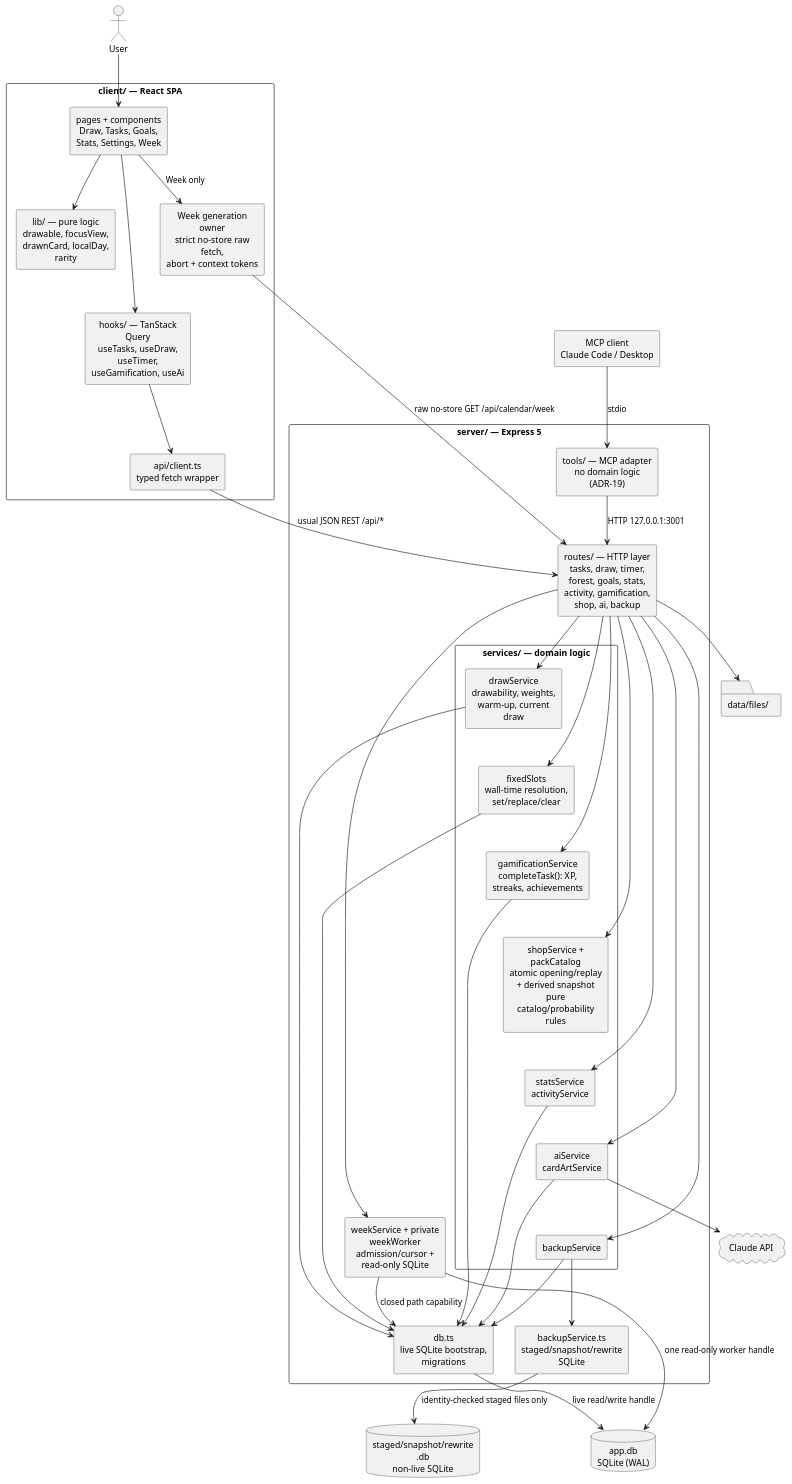
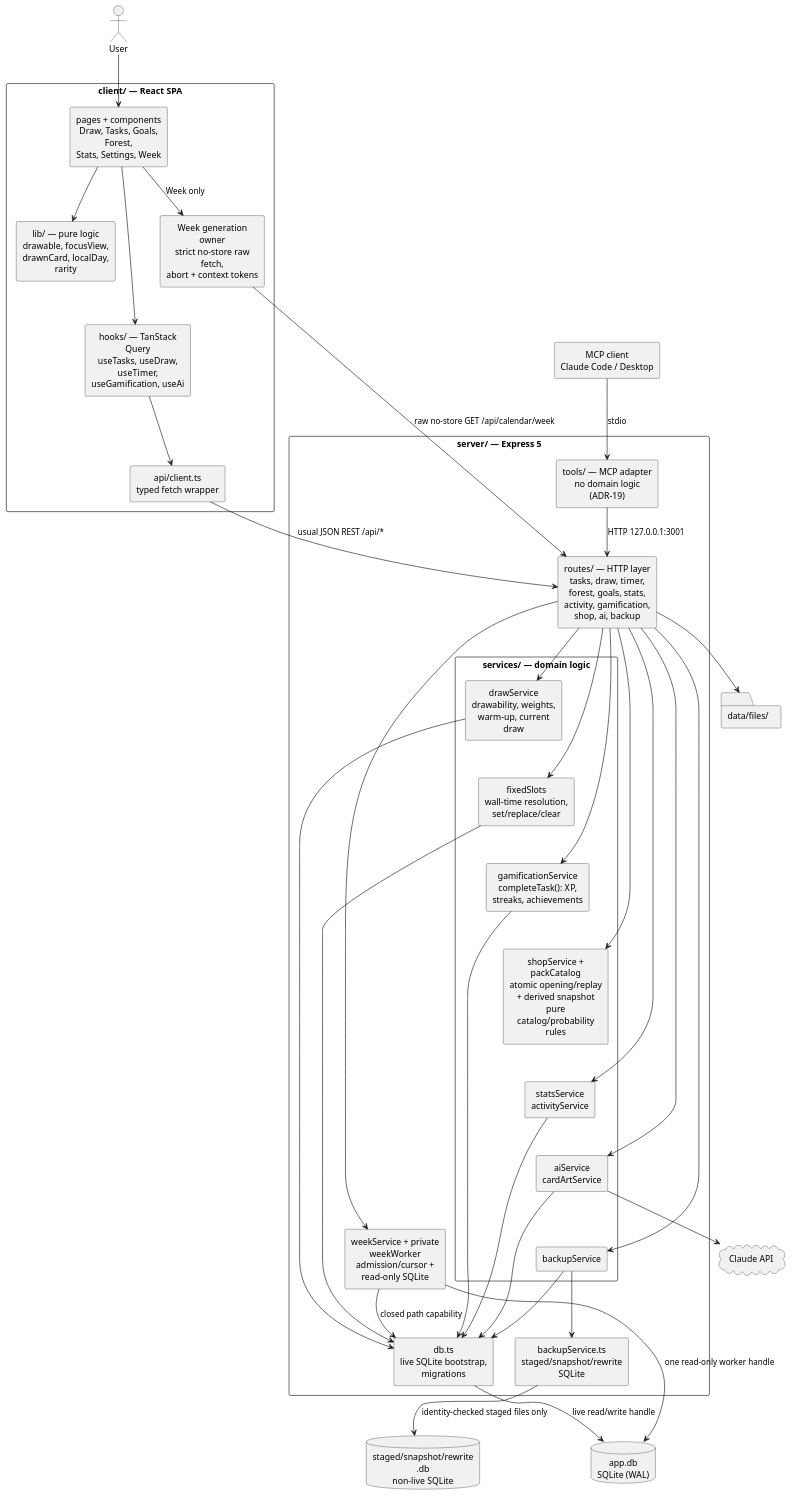
One commit to FelixGeisler/draw changed the diagram in docs/modules/ROOT/pages/05_building_block_view.adoc. Above: the diagram before and after it, drawn with PlantUML. The commit also changed other lines of this file and 21 other files, not shown here.

```diff
--- a/docs/modules/ROOT/pages/05_building_block_view.adoc
+++ b/docs/modules/ROOT/pages/05_building_block_view.adoc
@@ -19,83 +19,83 @@
 [plantuml,building-blocks,svg]
 ....
 @startuml
 skinparam componentStyle rectangle
 skinparam shadowing false
 skinparam wrapWidth 150
 skinparam defaultTextAlignment center
 skinparam packageStyle rectangle
 hide stereotype
 
 actor "User" as user
 component "MCP client\nClaude Code / Desktop" as mcpClient
 
 package "client/ — React SPA" {
-  component "pages + components\nDraw, Tasks, Goals,\nStats, Settings, Week" as pages
+  component "pages + components\nDraw, Tasks, Goals, Forest,\nStats, Settings, Week" as pages
   component "lib/ — pure logic\ndrawable, focusView,\ndrawnCard, localDay, rarity" as clib
   component "hooks/ — TanStack Query\nuseTasks, useDraw, useTimer,\nuseGamification, useAi" as hooks
   component "api/client.ts\ntyped fetch wrapper" as apiClient
   component "Week generation owner\nstrict no-store raw fetch,\nabort + context tokens" as weekClient
 }
 
 package "server/ — Express 5" {
   component "tools/ — MCP adapter\nno domain logic (ADR-19)" as mcpAdapter
   component "routes/ — HTTP layer\ntasks, draw, timer, forest, goals, stats,\nactivity, gamification, shop, ai, backup" as routes
   package "services/ — domain logic" {
     component "drawService\ndrawability, weights,\nwarm-up, current draw" as drawSvc
     component "fixedSlots\nwall-time resolution,\nset/replace/clear" as fixedSvc
     component "gamificationService\ncompleteTask(): XP,\nstreaks, achievements" as gamSvc
     component "shopService + packCatalog\natomic opening/replay + derived snapshot\npure catalog/probability rules" as shopSvc
     component "statsService\nactivityService" as statsSvc
     component "aiService\ncardArtService" as aiSvc
     component "backupService" as backupSvc
   }
   component "db.ts\nlive SQLite bootstrap, migrations" as dbmod
   component "backupService.ts\nstaged/snapshot/rewrite SQLite" as stagedDb
   component "weekService + private weekWorker\nadmission/cursor + read-only SQLite" as weekReader
 }
 
 database "app.db\nSQLite (WAL)" as sqlite
 database "staged/snapshot/rewrite .db\nnon-live SQLite" as stagedSqlite
 folder "data/files/" as files
 cloud "Claude API" as claude
 
 user --> pages
 pages --> hooks
 pages --> clib
 pages --> weekClient : "Week only"
 hooks --> apiClient
 weekClient --> routes : "raw no-store GET /api/calendar/week"
 apiClient --> routes : "usual JSON REST /api/*"
 mcpClient --> mcpAdapter : stdio
 mcpAdapter --> routes : "HTTP 127.0.0.1:3001"
 routes --> drawSvc
 routes --> fixedSvc
 routes --> gamSvc
 routes --> shopSvc
 routes --> statsSvc
 routes --> aiSvc
 routes --> backupSvc
 drawSvc -[hidden]-> fixedSvc
 fixedSvc -[hidden]-> gamSvc
 gamSvc -[hidden]-> shopSvc
 shopSvc -[hidden]-> statsSvc
 statsSvc -[hidden]-> aiSvc
 aiSvc -[hidden]-> backupSvc
 drawSvc --> dbmod
 fixedSvc --> dbmod
 gamSvc --> dbmod
 statsSvc --> dbmod
 aiSvc --> dbmod
 backupSvc --> dbmod
 backupSvc --> stagedDb
 routes --> weekReader
 weekReader --> dbmod : "closed path capability"
 dbmod --> sqlite : "live read/write handle"
 stagedDb --> stagedSqlite : "identity-checked staged files only"
 weekReader --> sqlite : "one read-only worker handle"
 routes --> files
 aiSvc --> claude
 pages -[hidden]-> clib
 clib -[hidden]-> hooks
 @enduml
 ....
```
